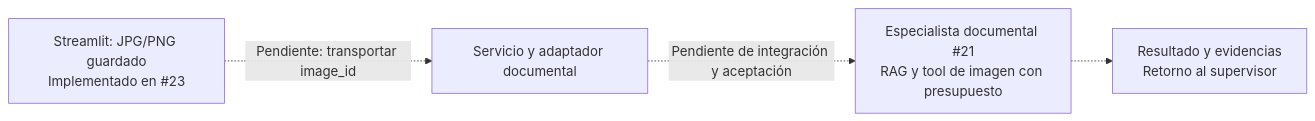
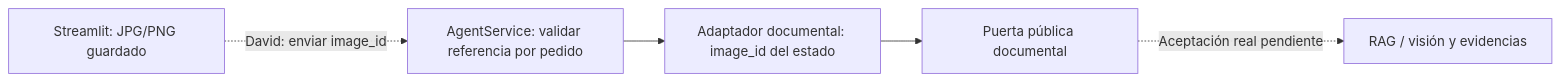
One commit to AleDataAnalyst/agentes_deportesmad changed the second of 2 diagrams in README.md. Above: the diagram before and after it, drawn with Mermaid. The commit also changed other lines of this file and 12 other files, not shown here.

Commit message:
feat(backend): transportar imagen validada por pedido al documental

````diff
--- a/README.md
+++ b/README.md
@@ -67,6 +68,7 @@
 ```mermaid
 flowchart LR
-    IMG["Streamlit: JPG/PNG guardado<br/>Implementado en #23"] -.->|"Pendiente: transportar image_id"| API["Servicio y adaptador documental"]
-    API -.->|"Pendiente de integración y aceptación"| DOC["Especialista documental #21<br/>RAG y tool de imagen con presupuesto"]
-    DOC -.-> RES["Resultado y evidencias<br/>Retorno al supervisor"]
+    IMG["Streamlit: JPG/PNG guardado"] -.->|"David: enviar image_id"| API["AgentService: validar referencia por pedido"]
+    API --> AD["Adaptador documental: image_id del estado"]
+    AD --> DOC["Puerta pública documental"]
+    DOC -.->|"Aceptación real pendiente"| RES["RAG / visión y evidencias"]
 ```
````
